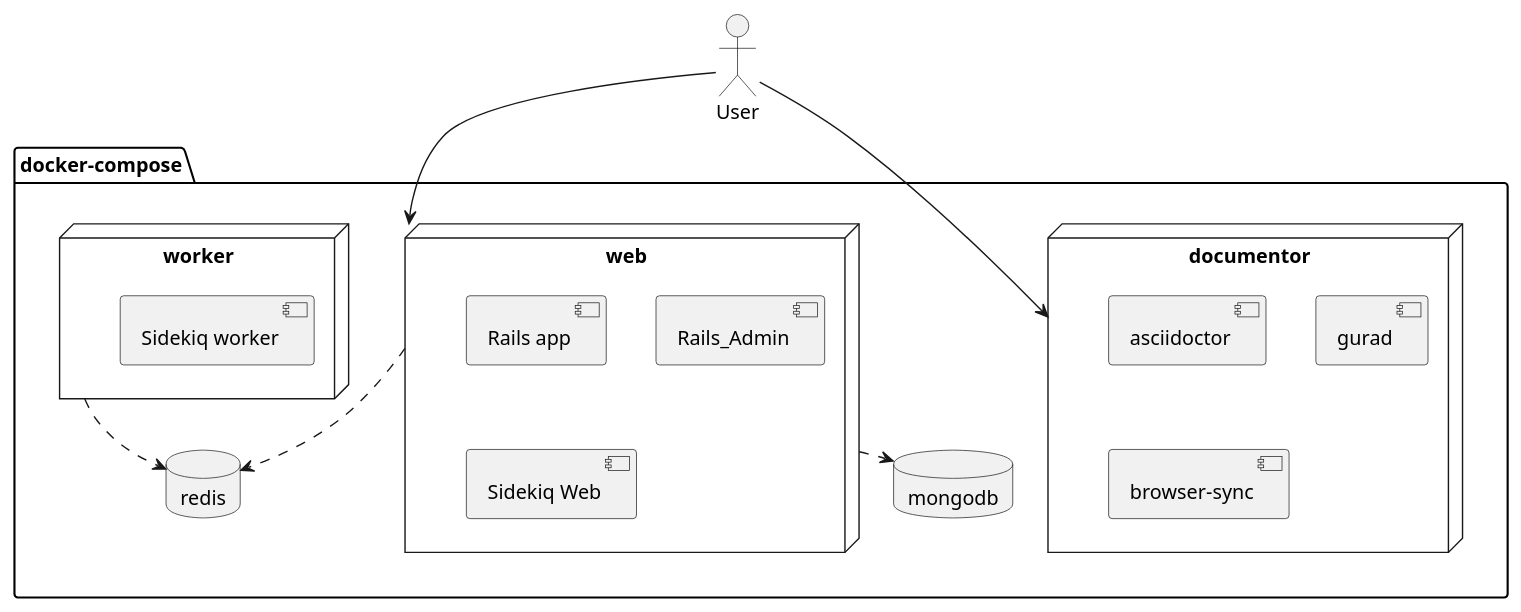
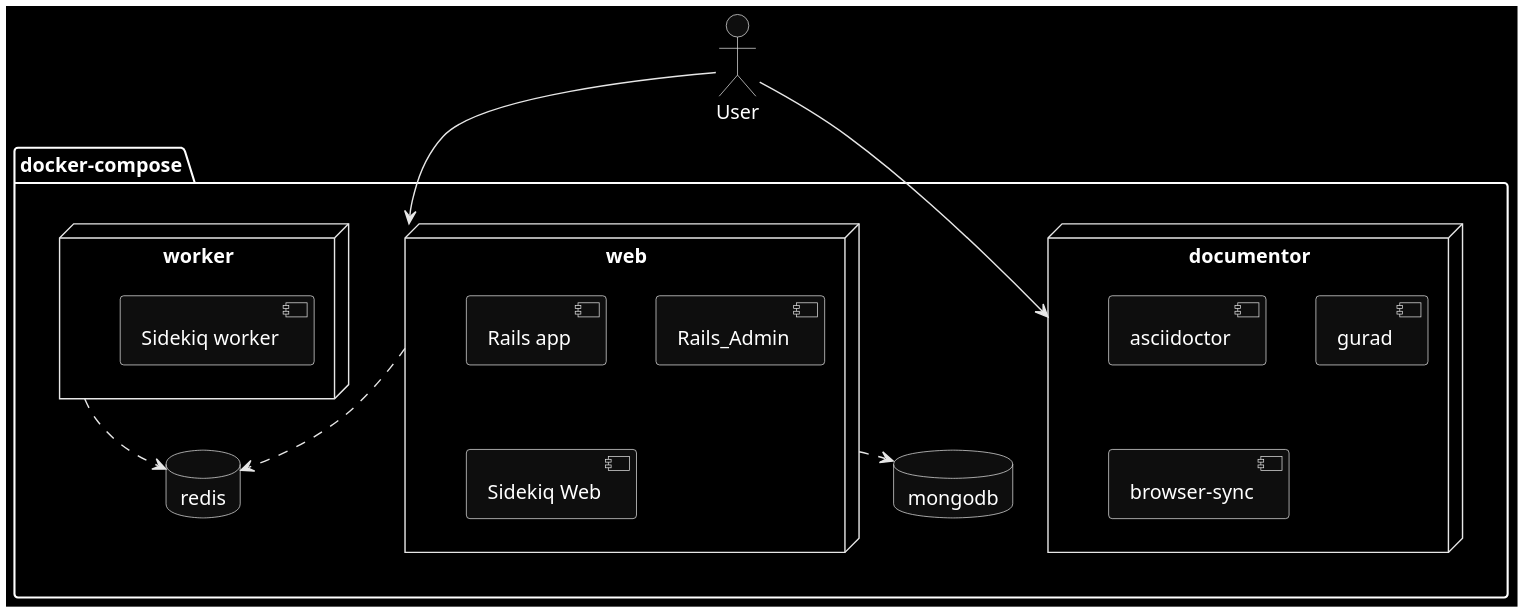
The diagram in src/doc/ja/overview.adoc (yubele/newsdict.io), drawn with PlantUML before and after one commit. The commit also changed 5 other files, not shown here.

```diff
--- a/src/doc/ja/overview.adoc
+++ b/src/doc/ja/overview.adoc
@@ -42,27 +42,28 @@
 [plantuml, diagram-classes, png]
 ....
+skinparam monochrome reverse
 actor User
 package "docker-compose" {
     node documentor {
         component asciidoctor
         component gurad
         component "browser-sync" as browsersync
     }
     node web {
         component "Rails app"
         component "Rails_Admin"
         component "Sidekiq Web"
     }
     database mongodb
     node worker {
         component "Sidekiq worker"
     }
     database redis
     
     web ..> mongodb
     web ..> redis
     worker ..> redis
 }
 User --> web
 User --> documentor
 ....
```
